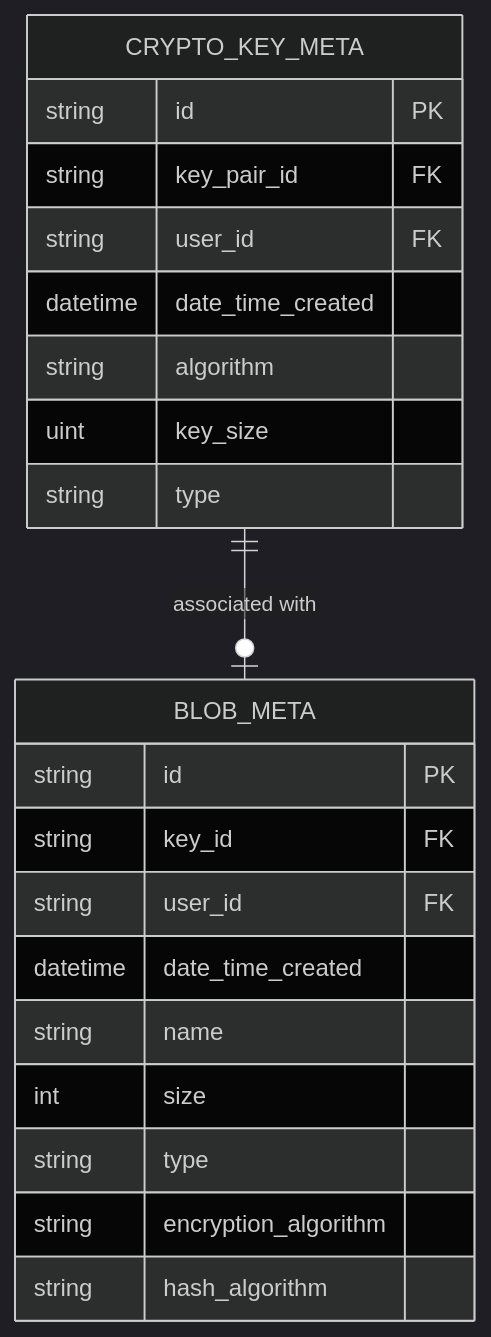
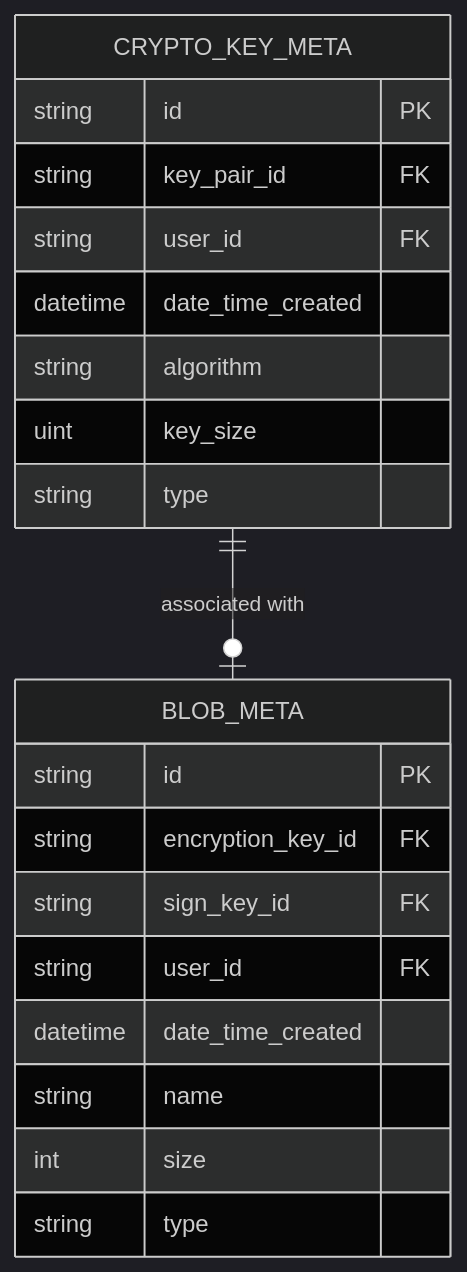
One commit to MGTheTrain/crypto-vault-service changed the diagram in docs/diagrams/erd.mmd. Above: the diagram before and after it, drawn with Mermaid (dark theme). The commit also changed 4 other files, not shown here.

```diff
--- a/docs/diagrams/erd.mmd
+++ b/docs/diagrams/erd.mmd
@@ -1,24 +1,23 @@
 erDiagram
     CRYPTO_KEY_META {
         string id PK
         string key_pair_id FK
         string user_id FK
         datetime date_time_created
         string algorithm
         uint key_size
         string type
     }
 
     BLOB_META {
         string id PK
-        string key_id FK
+        string encryption_key_id FK
+        string sign_key_id FK
         string user_id FK
         datetime date_time_created
         string name
         int size
         string type
-        string encryption_algorithm
-        string hash_algorithm
     }
 
     CRYPTO_KEY_META ||--o| BLOB_META : "associated with"
```
